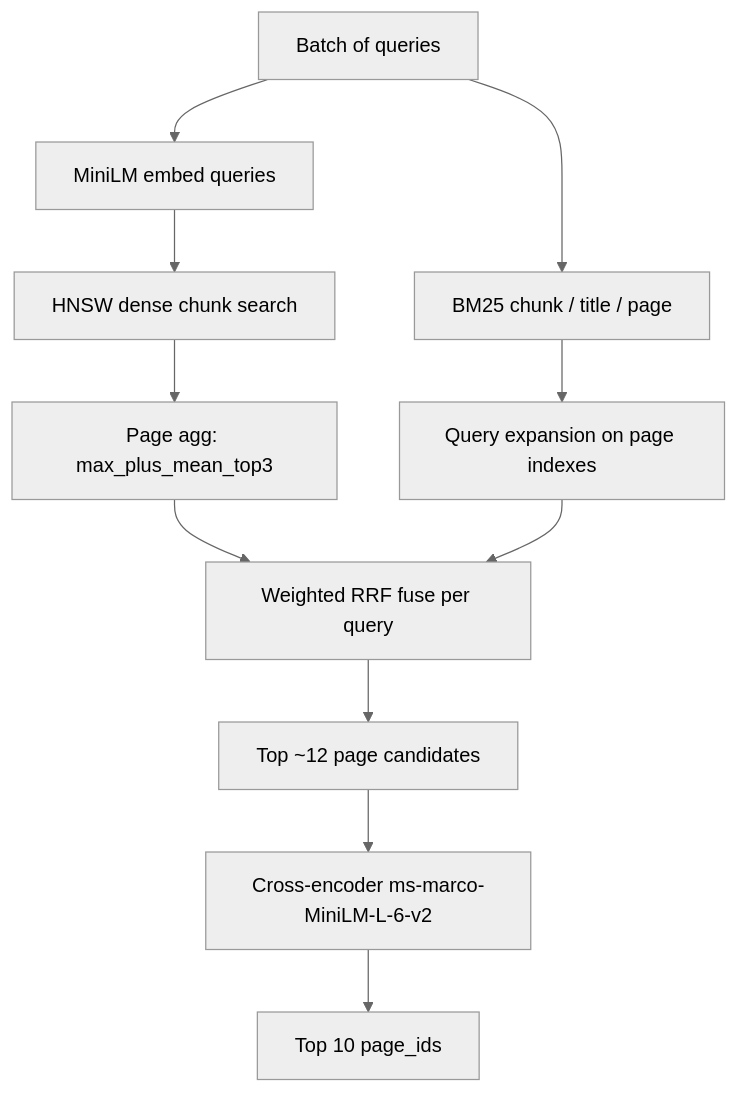
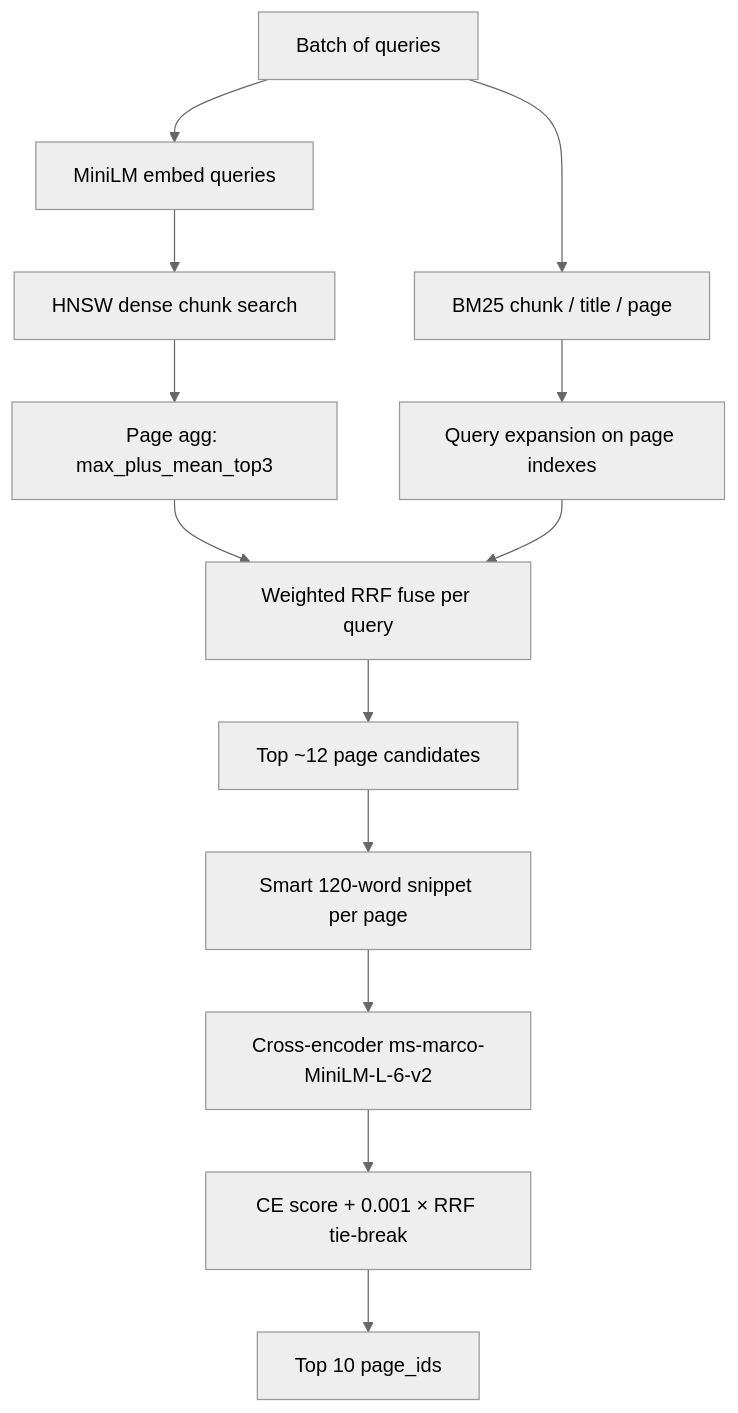
The diagram in README.md (tavor7/LAB-SectionB), drawn with Mermaid (neutral theme) before and after one commit. The commit also changed other lines of this file and 1 other file, not shown here.

First line of the commit message:
Update README and AUTHORS for smart snippet reranking results.

````diff
--- a/README.md
+++ b/README.md
@@ -78,13 +81,15 @@
 ```mermaid
 flowchart TD
   Q[Batch of queries] --> Embed[MiniLM embed queries]
   Embed --> Dense[HNSW dense chunk search]
   Q --> BM25[BM25 chunk / title / page]
   BM25 --> Expand[Query expansion on page indexes]
   Dense --> Agg["Page agg: max_plus_mean_top3"]
   Agg --> RRF[Weighted RRF fuse per query]
   Expand --> RRF
   RRF --> Pool["Top ~12 page candidates"]
-  Pool --> CE[Cross-encoder ms-marco-MiniLM-L-6-v2]
-  CE --> Top10[Top 10 page_ids]
+  Pool --> Snip["Smart 120-word snippet per page"]
+  Snip --> CE[Cross-encoder ms-marco-MiniLM-L-6-v2]
+  CE --> Tie["CE score + 0.001 × RRF tie-break"]
+  Tie --> Top10[Top 10 page_ids]
 ```
````
